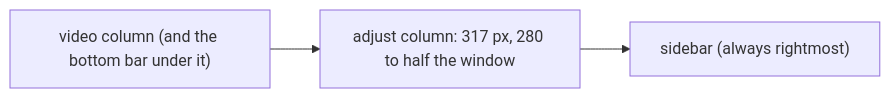
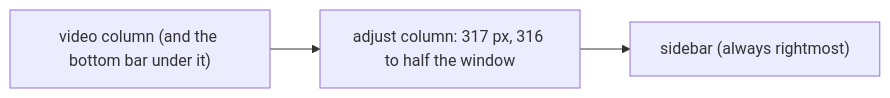
One commit to vestrasys/vestra-player changed the diagram in doc/architecture/adjust-column.md. Above: the diagram before and after it, drawn with Mermaid. The commit also changed other lines of this file and 9 other files, not shown here.

First line of the commit message:
Adjustments column: merge main, owner matrix for the floating adjust column, least width 316 so four tabs and the detach button fit; doc/product text [skip ci]

````diff
--- a/doc/architecture/adjust-column.md
+++ b/doc/architecture/adjust-column.md
@@ -11,5 +11,5 @@
 ```mermaid
 flowchart LR
-    V["video column (and the bottom bar under it)"] --> A["adjust column: 317 px, 280 to half the window"]
+    V["video column (and the bottom bar under it)"] --> A["adjust column: 317 px, 316 to half the window"]
     A --> S["sidebar (always rightmost)"]
 ```
````
